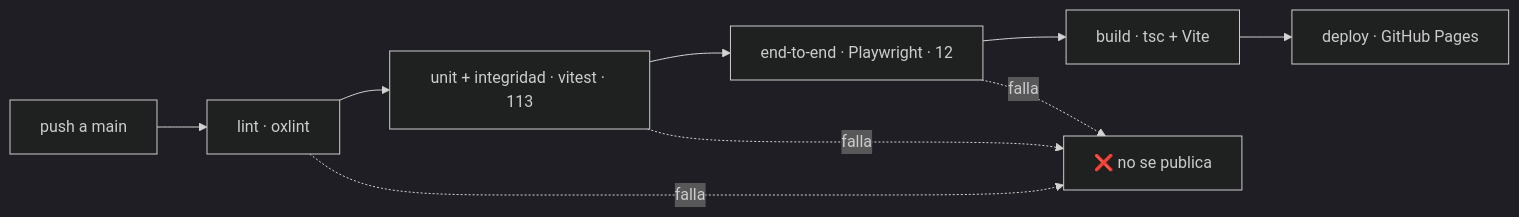
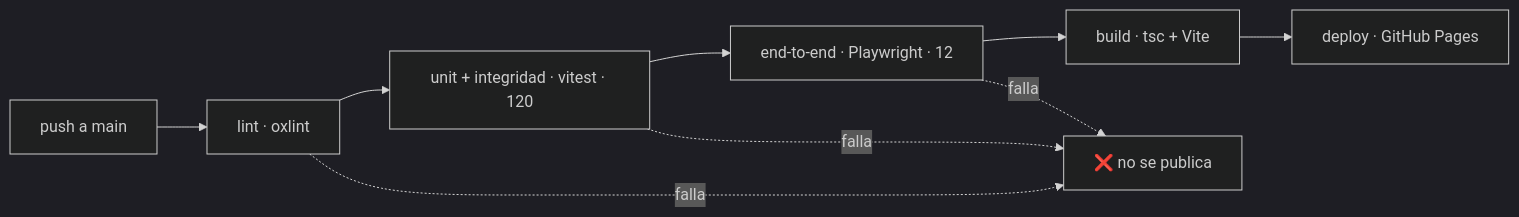
One commit to luzzaragoza/cuanto-me-falta changed the diagram in docs/06-calidad.md. Above: the diagram before and after it, drawn with Mermaid (dark theme). The commit also changed other lines of this file and 8 other files, not shown here.

````diff
--- a/docs/06-calidad.md
+++ b/docs/06-calidad.md
@@ -64,12 +64,12 @@
 ```mermaid
 %% svg:pipeline
 flowchart LR
     P["push a main"] --> L["lint · oxlint"]
-    L --> U["unit + integridad · vitest · 113"]
+    L --> U["unit + integridad · vitest · 120"]
     U --> E["end-to-end · Playwright · 12"]
     E --> B["build · tsc + Vite"]
     B --> D["deploy · GitHub Pages"]
     L -. falla .-> X["❌ no se publica"]
     U -. falla .-> X
     E -. falla .-> X
 ```
````
